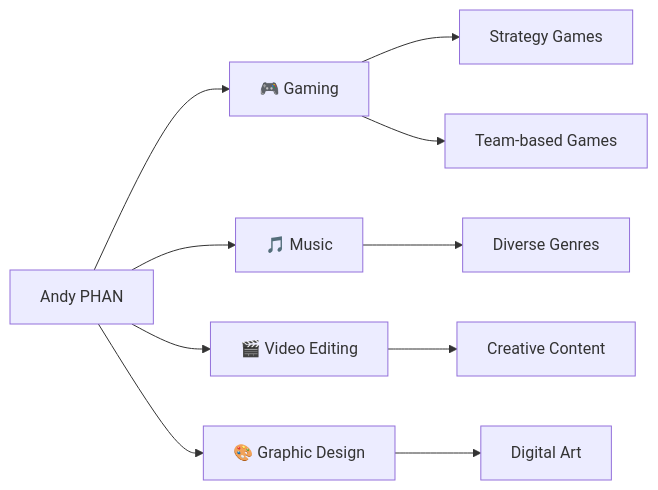
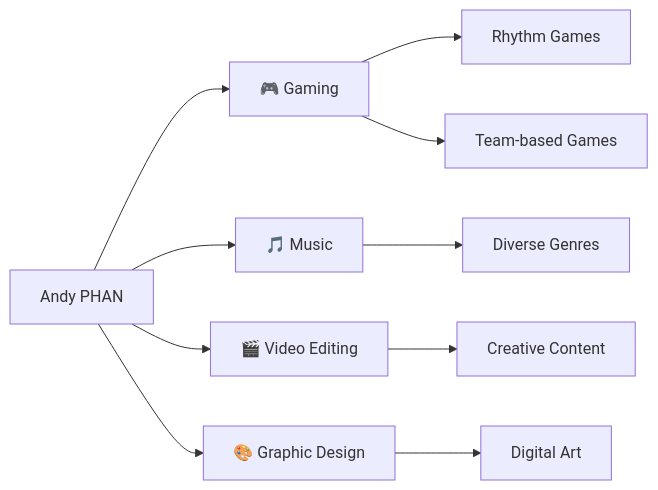
Before and after one commit to cestlelheure/cestlelheure: the diagram in README.md, drawn with Mermaid.

````diff
--- a/README.md
+++ b/README.md
@@ -108,12 +108,12 @@
 ```mermaid
 graph LR
     A[Andy PHAN] --> B[🎮 Gaming]
     A --> C[🎵 Music]
     A --> D[🎬 Video Editing]
     A --> E[🎨 Graphic Design]
-    B --> F[Strategy Games]
+    B --> F[Rhythm  Games]
     B --> G[Team-based Games]
     C --> H[Diverse Genres]
     D --> I[Creative Content]
     E --> J[Digital Art]
 ```
````
